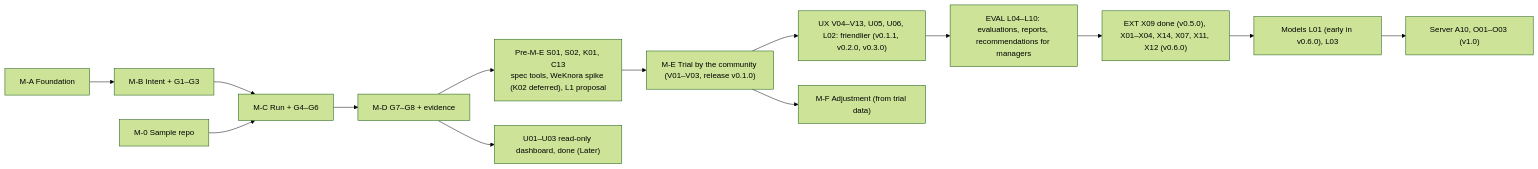
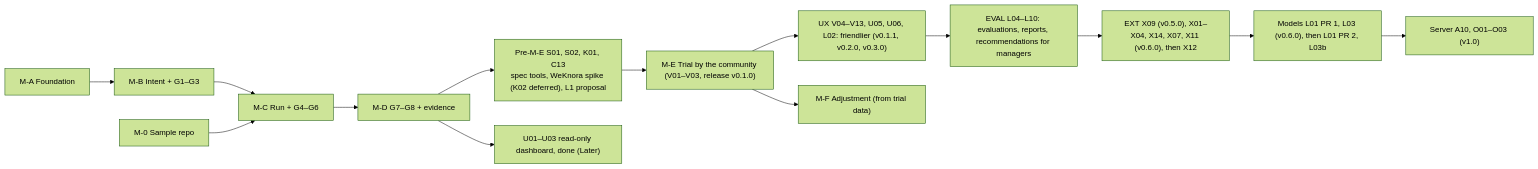
The diagram in design/D-08-mvp-backlog.md (hoanghainh1188/agentic-sdlc-framework), drawn with Mermaid (forest theme) before and after one commit. The commit also changed other lines of this file and 7 other files, not shown here.

````diff
--- a/design/D-08-mvp-backlog.md
+++ b/design/D-08-mvp-backlog.md
@@ -58,16 +58,16 @@
 ```mermaid
 flowchart LR
     MA["M-A Foundation"] --> MB["M-B Intent + G1–G3"]
     MB --> MC["M-C Run + G4–G6"]
     M0["M-0 Sample repo"] --> MC
     MC --> MD["M-D G7–G8 + evidence"]
     MD --> MP["Pre-M-E S01, S02, K01, C13<br/>spec tools, WeKnora spike (K02 deferred), L1 proposal"]
     MP --> ME["M-E Trial by the community (V01–V03, release v0.1.0)"]
     ME --> UX["UX V04–V13, U05, U06, L02: friendlier (v0.1.1, v0.2.0, v0.3.0)"]
     UX --> EV["EVAL L04–L10: evaluations, reports, recommendations for managers"]
-    EV --> EXT["EXT X09 done (v0.5.0), X01–X04, X14, X07, X11, X12 (v0.6.0)"]
-    EXT --> MO["Models L01 (early in v0.6.0), L03"]
+    EV --> EXT["EXT X09 (v0.5.0), X01–X04, X14, X07, X11 (v0.6.0), then X12"]
+    EXT --> MO["Models L01 PR 1, L03 (v0.6.0), then L01 PR 2, L03b"]
     MO --> SV["Server A10, O01–O03 (v1.0)"]
     ME --> MF["M-F Adjustment (from trial data)"]
     MD --> MU["U01–U03 read-only dashboard, done (Later)"]
 ```
````
